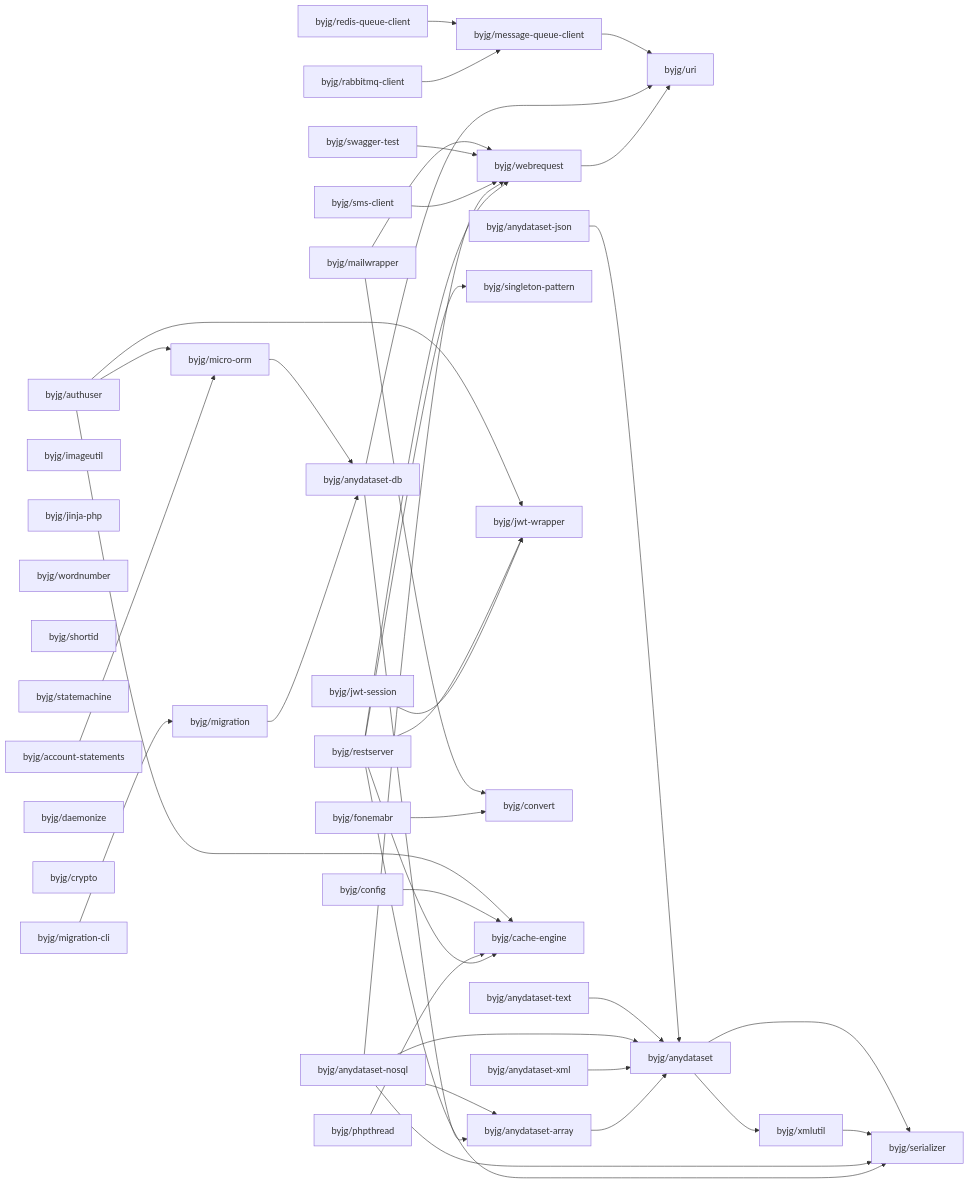
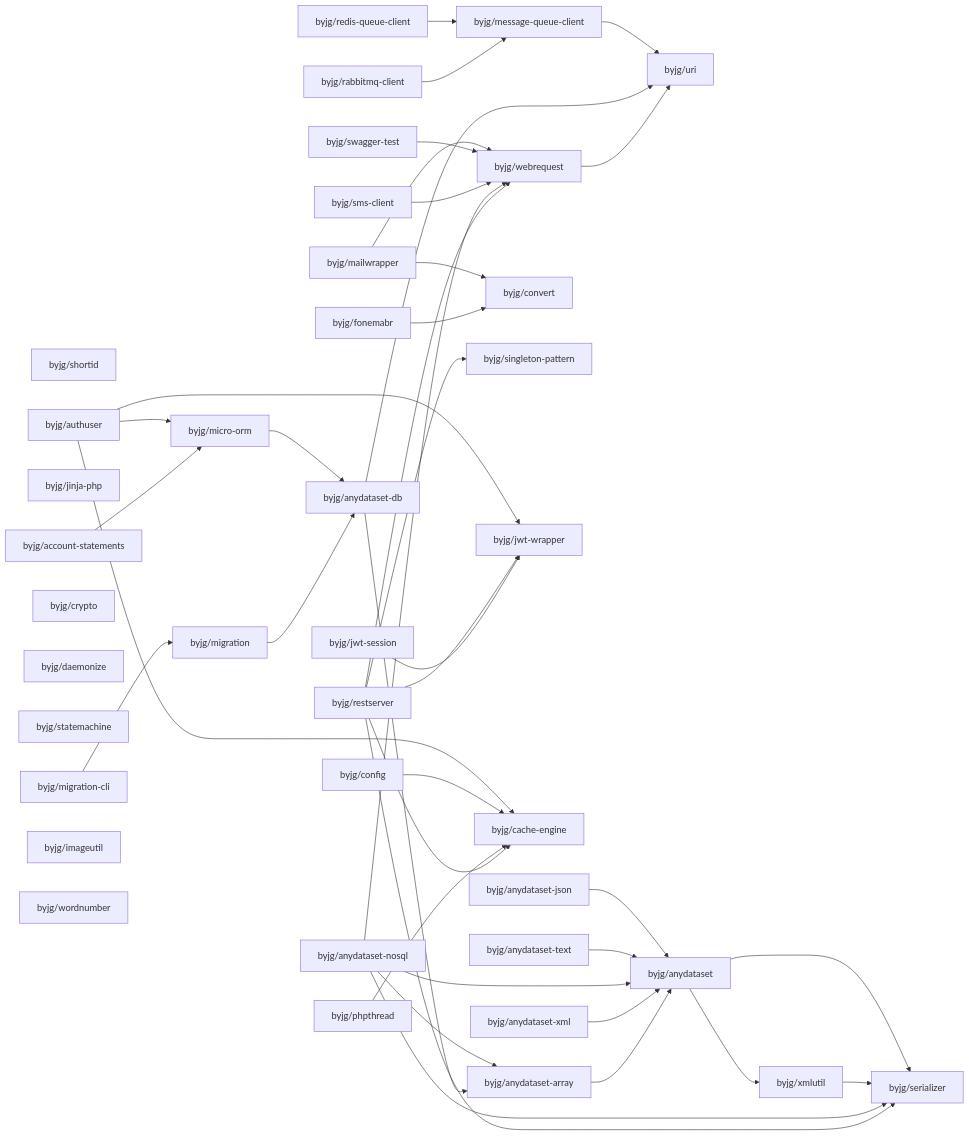
One commit to byjg/byjg.github.io changed the diagram in docs/php/README.md. Above: the diagram before and after it, drawn with Mermaid. The commit also changed other lines of this file, not shown here.

Commit message:
Update documentation 'php' 'php-daemonize'

````diff
--- a/docs/php/README.md
+++ b/docs/php/README.md
@@ -3,78 +3,78 @@
 ```mermaid
 graph LR;
-  byjg/anydataset-xml;
-  byjg/redis-queue-client;
+  byjg/swagger-test;
+  byjg/shortid;
+  byjg/authuser;
+  byjg/jinja-php;
+  byjg/anydataset-text;
   byjg/config;
-  byjg/authuser;
-  byjg/imageutil;
-  byjg/jinja-php;
-  byjg/wordnumber;
+  byjg/mailwrapper;
+  byjg/account-statements;
   byjg/anydataset-json;
-  byjg/anydataset-text;
-  byjg/shortid;
+  byjg/sms-client;
   byjg/rabbitmq-client;
+  byjg/crypto;
+  byjg/daemonize;
+  byjg/fonemabr;
   byjg/statemachine;
   byjg/restserver;
-  byjg/swagger-test;
+  byjg/migration-cli;
   byjg/jwt-session;
-  byjg/migration-cli;
-  byjg/mailwrapper;
-  byjg/sms-client;
-  byjg/fonemabr;
-  byjg/daemonize;
   byjg/phpthread;
-  byjg/crypto;
+  byjg/imageutil;
+  byjg/redis-queue-client;
+  byjg/anydataset-xml;
   byjg/anydataset-nosql;
-  byjg/account-statements;
+  byjg/wordnumber;
+  byjg/micro-orm;
+  byjg/convert;
+  byjg/singleton-pattern;
+  byjg/migration;
+  byjg/jwt-wrapper;
+  byjg/cache-engine;
   byjg/message-queue-client;
-  byjg/singleton-pattern;
-  byjg/jwt-wrapper;
-  byjg/migration;
-  byjg/convert;
-  byjg/cache-engine;
   byjg/webrequest;
-  byjg/micro-orm;
   byjg/anydataset-db;
   byjg/anydataset-array;
   byjg/uri;
   byjg/anydataset;
   byjg/xmlutil;
   byjg/serializer;
   byjg/account-statements --> byjg/micro-orm;
   byjg/fonemabr --> byjg/convert;
   byjg/webrequest --> byjg/uri;
   byjg/anydataset-array --> byjg/anydataset;
   byjg/anydataset-xml --> byjg/anydataset;
   byjg/rabbitmq-client --> byjg/message-queue-client;
   byjg/redis-queue-client --> byjg/message-queue-client;
   byjg/jwt-session --> byjg/jwt-wrapper;
   byjg/anydataset-db --> byjg/anydataset-array;
   byjg/anydataset-db --> byjg/uri;
   byjg/restserver --> byjg/serializer;
   byjg/restserver --> byjg/singleton-pattern;
   byjg/restserver --> byjg/cache-engine;
   byjg/restserver --> byjg/webrequest;
   byjg/restserver --> byjg/jwt-wrapper;
   byjg/migration --> byjg/anydataset-db;
   byjg/anydataset-nosql --> byjg/anydataset;
   byjg/anydataset-nosql --> byjg/anydataset-array;
   byjg/anydataset-nosql --> byjg/serializer;
   byjg/anydataset-nosql --> byjg/webrequest;
   byjg/phpthread --> byjg/cache-engine;
   byjg/sms-client --> byjg/webrequest;
   byjg/swagger-test --> byjg/webrequest;
   byjg/migration-cli --> byjg/migration;
   byjg/config --> byjg/cache-engine;
   byjg/anydataset-text --> byjg/anydataset;
   byjg/micro-orm --> byjg/anydataset-db;
   byjg/authuser --> byjg/micro-orm;
   byjg/authuser --> byjg/cache-engine;
   byjg/authuser --> byjg/jwt-wrapper;
   byjg/anydataset-json --> byjg/anydataset;
   byjg/mailwrapper --> byjg/convert;
   byjg/mailwrapper --> byjg/webrequest;
   byjg/xmlutil --> byjg/serializer;
   byjg/anydataset --> byjg/serializer;
   byjg/anydataset --> byjg/xmlutil;
   byjg/message-queue-client --> byjg/uri;
 ```
````
